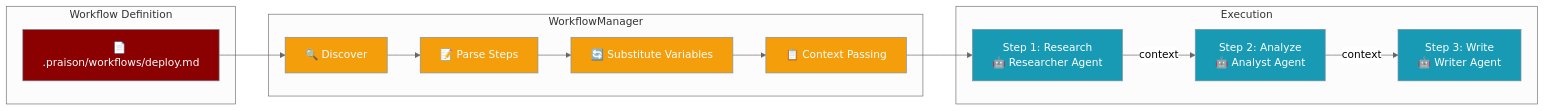
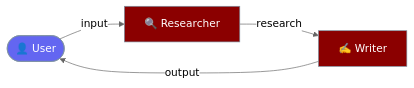
Before and after one commit to MervinPraison/PraisonAIDocs: the first of 11 diagrams in docs/features/workflows.mdx, drawn with Mermaid (neutral theme). The commit also changed other lines of this file and 4 other files, not shown here.

````diff
--- a/docs/features/workflows.mdx
+++ b/docs/features/workflows.mdx
@@ -23,35 +32,12 @@
 ```mermaid
 graph LR
-    subgraph "Workflow Definition"
-        MD["📄 .praison/workflows/deploy.md"]
-    end
-    
-    subgraph "WorkflowManager"
-        DISCOVER["🔍 Discover"]
-        PARSE["📝 Parse Steps"]
-        VARS["🔄 Substitute Variables"]
-        CTX["📋 Context Passing"]
-    end
-    
-    subgraph "Execution"
-        STEP1["Step 1: Research<br/>🤖 Researcher Agent"]
-        STEP2["Step 2: Analyze<br/>🤖 Analyst Agent"]
-        STEP3["Step 3: Write<br/>🤖 Writer Agent"]
-    end
-    
-    MD --> DISCOVER
-    DISCOVER --> PARSE
-    PARSE --> VARS
-    VARS --> CTX
-    CTX --> STEP1
-    STEP1 -->|"context"| STEP2
-    STEP2 -->|"context"| STEP3
-    
-    classDef def fill:#8B0000,stroke:#7C90A0,color:#fff
-    classDef manager fill:#F59E0B,stroke:#7C90A0,color:#fff
-    classDef exec fill:#189AB4,stroke:#7C90A0,color:#fff
-    
-    class MD def
-    class DISCOVER,PARSE,VARS,CTX manager
-    class STEP1,STEP2,STEP3 exec
+    U([👤 User]) -->|input| R[🔍 Researcher]
+    R -->|research| W[✍️ Writer]
+    W -->|output| U
+
+    classDef user    fill:#6366F1,stroke:#7C90A0,color:#fff
+    classDef agent   fill:#8B0000,stroke:#7C90A0,color:#fff
+    classDef result  fill:#10B981,stroke:#7C90A0,color:#fff
+    class U user
+    class R,W agent
 ```
````
